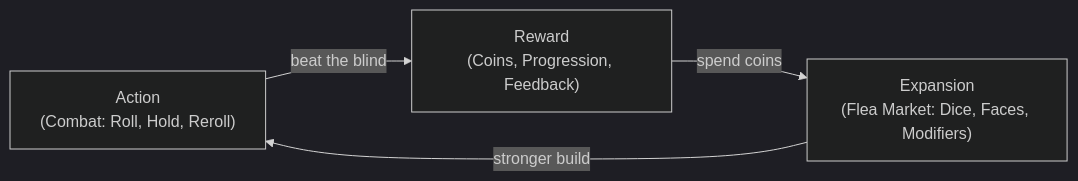
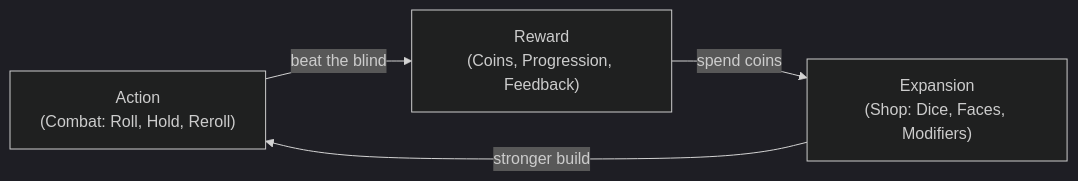
Before and after one commit to artem3605/probabimals: the first of 2 diagrams in docs/design.md, drawn with Mermaid (dark theme). The commit also changed other lines of this file and 31 other files, not shown here.

Commit message:
Rename flea market to shop

````diff
--- a/docs/design.md
+++ b/docs/design.md
@@ -285,6 +285,6 @@
 ```mermaid
 graph LR
     Action["Action\n(Combat: Roll, Hold, Reroll)"] -->|"beat the blind"| Reward["Reward\n(Coins, Progression, Feedback)"]
-    Reward -->|"spend coins"| Expansion["Expansion\n(Flea Market: Dice, Faces, Modifiers)"]
+    Reward -->|"spend coins"| Expansion["Expansion\n(Shop: Dice, Faces, Modifiers)"]
     Expansion -->|"stronger build"| Action
 ```
````
